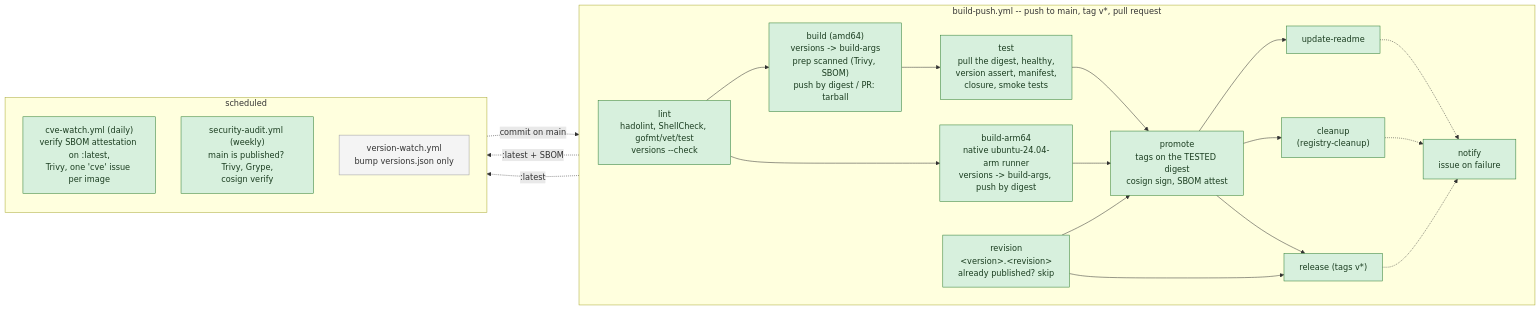
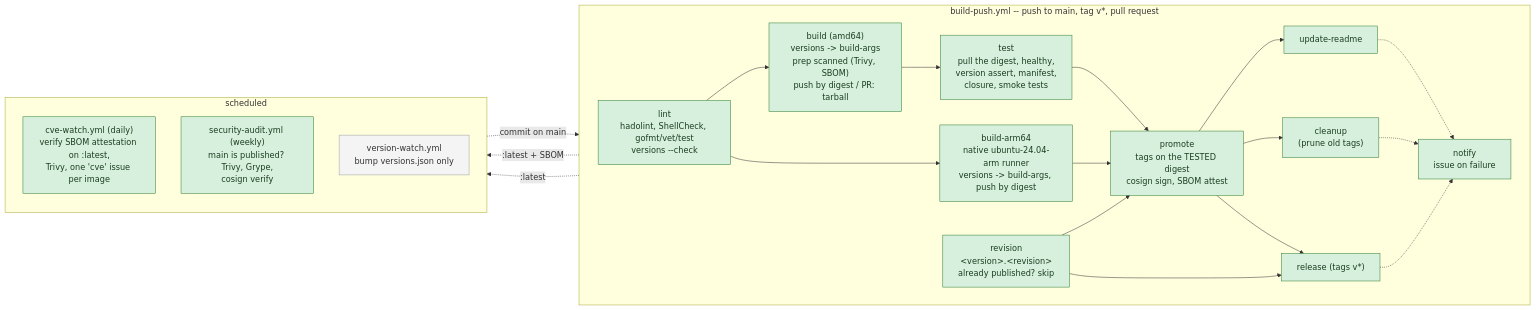
The diagram in README.md (jbsky/hardened-ci), drawn with Mermaid before and after one commit. The commit also changed other lines of this file and 1 other file, not shown here.

````diff
--- a/README.md
+++ b/README.md
@@ -24,38 +28,38 @@
 ```mermaid
 flowchart LR
   subgraph BP["build-push.yml -- push to main, tag v*, pull request"]
     direction LR
     lint["lint<br/>hadolint, ShellCheck, gofmt/vet/test<br/>versions --check"]
     build["build (amd64)<br/>versions -> build-args<br/>prep scanned (Trivy, SBOM)<br/>push by digest / PR: tarball"]
     arm["build-arm64<br/>native ubuntu-24.04-arm runner<br/>versions -> build-args, push by digest"]
     test["test<br/>pull the digest, healthy,<br/>version assert, manifest,<br/>closure, smoke tests"]
     rev["revision<br/>&lt;version&gt;.&lt;revision&gt;<br/>already published? skip"]
     promote["promote<br/>tags on the TESTED digest<br/>cosign sign, SBOM attest"]
     readme["update-readme"]
-    cleanup["cleanup<br/>(registry-cleanup)"]
+    cleanup["cleanup<br/>(prune old tags)"]
     release["release (tags v*)"]
     notify["notify<br/>issue on failure"]
     lint --> build --> test --> promote
     lint --> arm --> promote
     rev --> promote
     promote --> readme
     promote --> cleanup
     promote --> release
     rev --> release
     readme & cleanup & release -.-> notify
   end
   subgraph SCHED["scheduled"]
     direction TB
     cve["cve-watch.yml (daily)<br/>verify SBOM attestation on :latest,<br/>Trivy, one 'cve' issue per image"]
     audit["security-audit.yml (weekly)<br/>main is published? Trivy, Grype,<br/>cosign verify"]
     vw["version-watch.yml<br/>bump versions.json only"]
   end
   vw -. "commit on main" .-> lint
   promote -. ":latest + SBOM" .-> cve
   promote -. ":latest" .-> audit
 
   classDef shared fill:#d7f0dd,stroke:#2e7d32,color:#1b3d20
   classDef local fill:#f4f4f4,stroke:#9e9e9e,color:#333
   class cve,cleanup,lint,build,arm,test,rev,promote,readme,release,notify,audit shared
   class vw local
 ```
````
